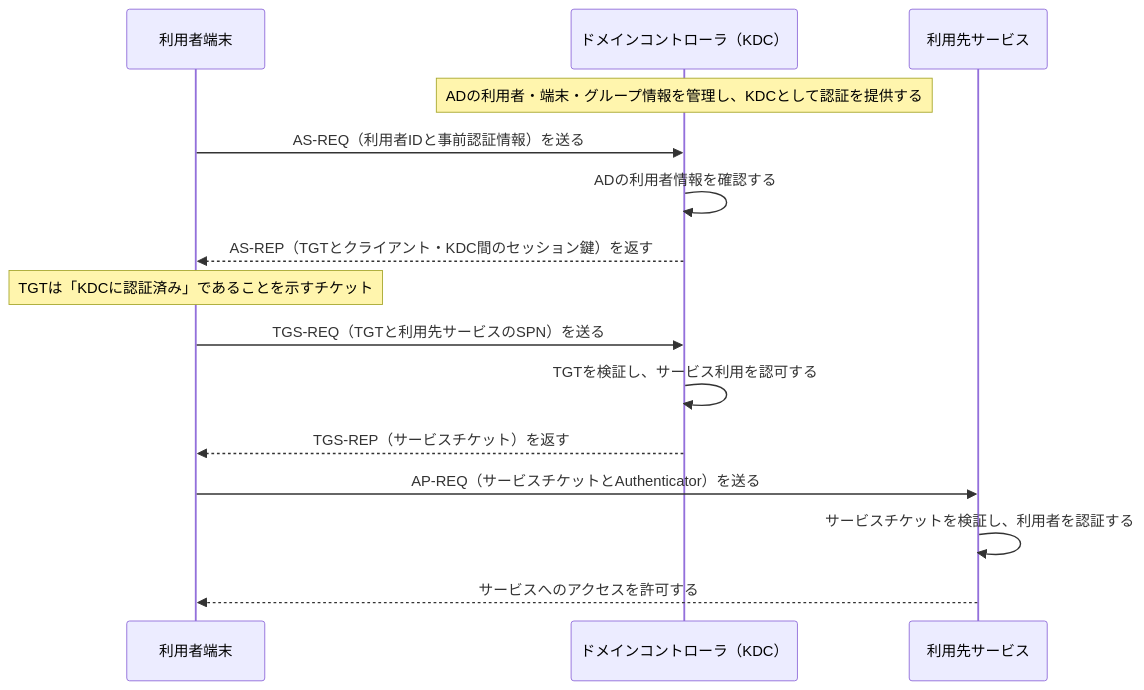
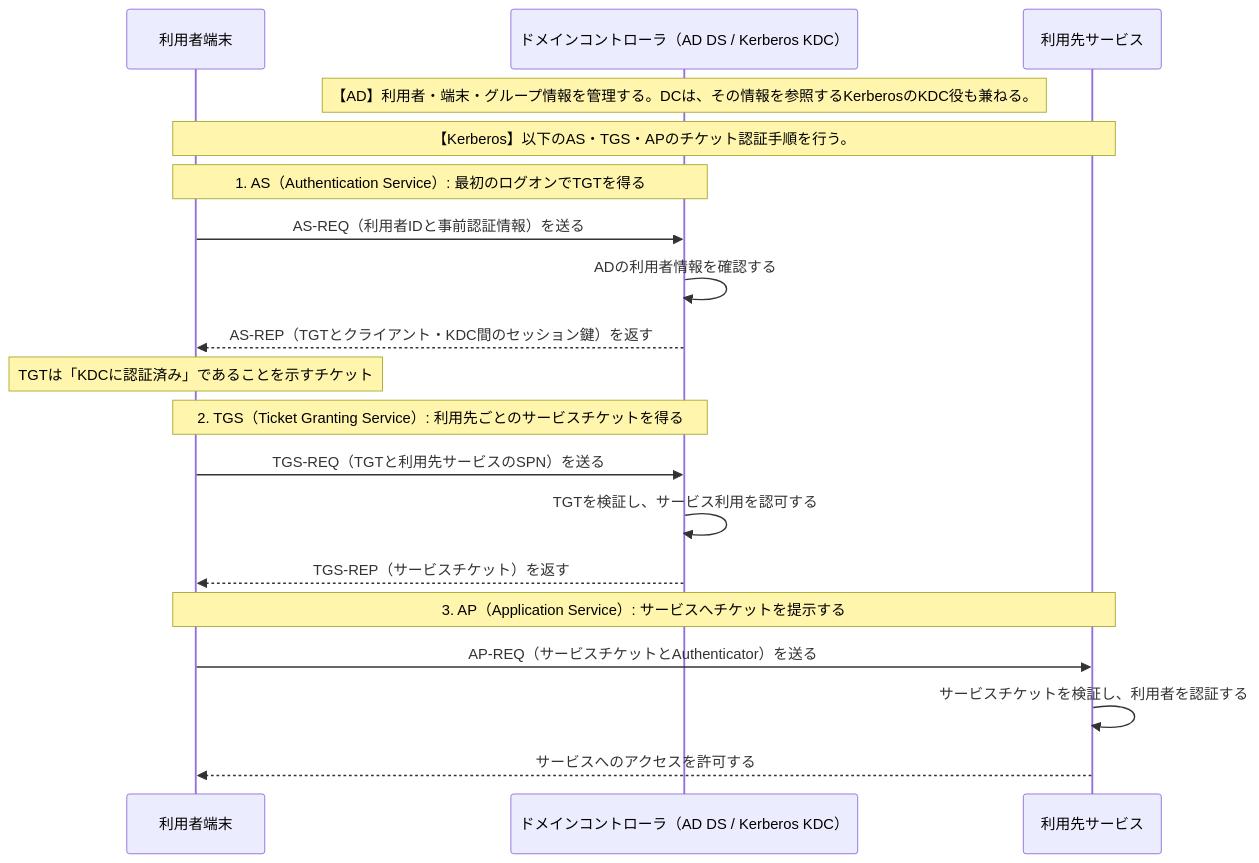
The diagram in 復習用/流れ図/ActiveDirectoryとKerberosのチケット認証.md (ryusuke2003/security-specialist-study), drawn with Mermaid before and after one commit. The commit also changed other lines of this file and 1 other file, not shown here.

Commit message:
kerberosの説明を追加

````diff
--- a/復習用/流れ図/ActiveDirectoryとKerberosのチケット認証.md
+++ b/復習用/流れ図/ActiveDirectoryとKerberosのチケット認証.md
@@ -3,18 +3,22 @@
 ```mermaid
 sequenceDiagram
     participant C as 利用者端末
-    participant DC as ドメインコントローラ（KDC）
+    participant DC as ドメインコントローラ（AD DS / Kerberos KDC）
     participant S as 利用先サービス
 
-    Note over DC: ADの利用者・端末・グループ情報を管理し、KDCとして認証を提供する
+    Note over DC: 【AD】利用者・端末・グループ情報を管理する。DCは、その情報を参照するKerberosのKDC役も兼ねる。
+    Note over C,S: 【Kerberos】以下のAS・TGS・APのチケット認証手順を行う。
+    Note over C,DC: 1. AS（Authentication Service）: 最初のログオンでTGTを得る
     C->>DC: AS-REQ（利用者IDと事前認証情報）を送る
     DC->>DC: ADの利用者情報を確認する
     DC-->>C: AS-REP（TGTとクライアント・KDC間のセッション鍵）を返す
     Note over C: TGTは「KDCに認証済み」であることを示すチケット
+    Note over C,DC: 2. TGS（Ticket Granting Service）: 利用先ごとのサービスチケットを得る
     C->>DC: TGS-REQ（TGTと利用先サービスのSPN）を送る
     DC->>DC: TGTを検証し、サービス利用を認可する
     DC-->>C: TGS-REP（サービスチケット）を返す
+    Note over C,S: 3. AP（Application Service）: サービスへチケットを提示する
     C->>S: AP-REQ（サービスチケットとAuthenticator）を送る
     S->>S: サービスチケットを検証し、利用者を認証する
     S-->>C: サービスへのアクセスを許可する
 ```
````
